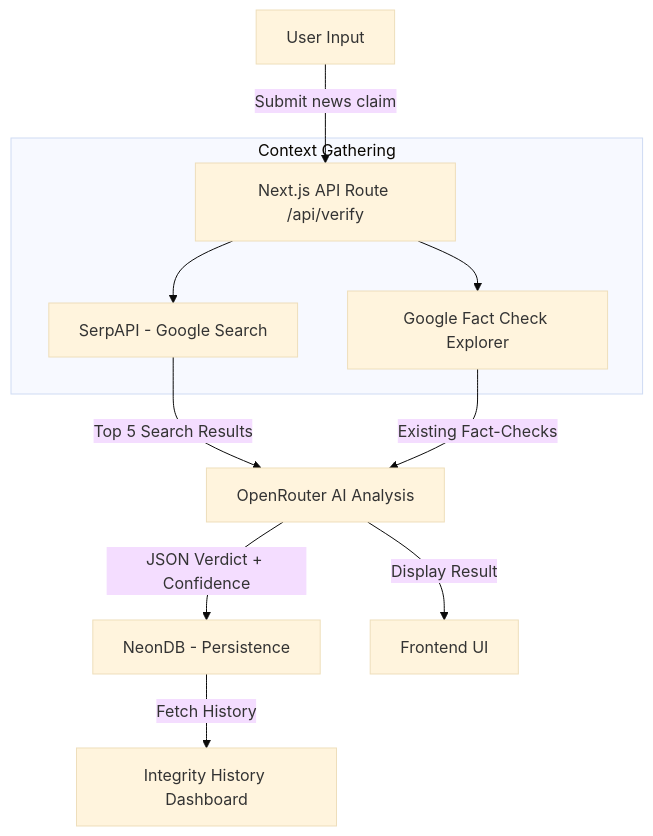
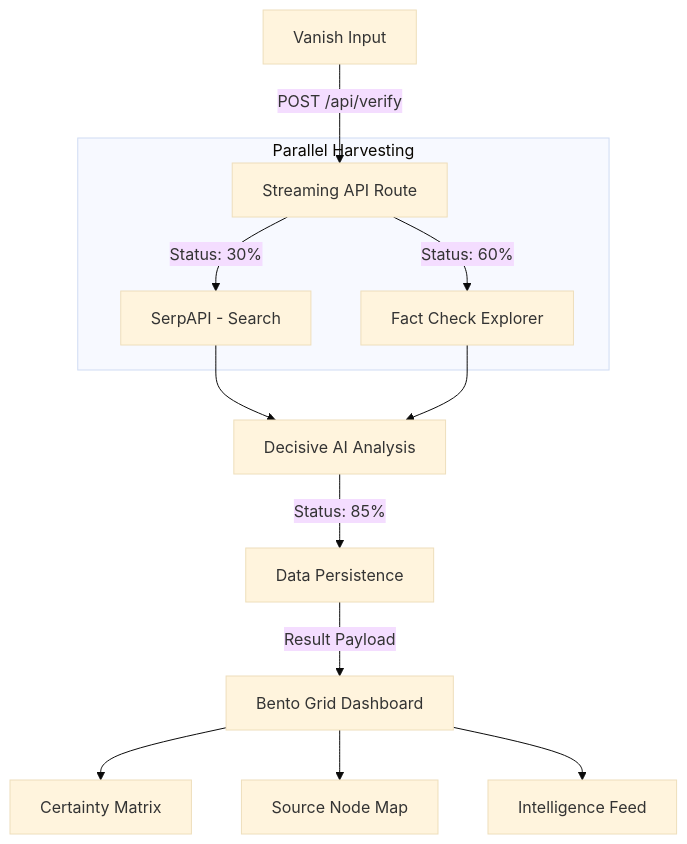
Before and after one commit to Hxrshrathore/verinews: the diagram in README.md, drawn with Mermaid (base theme). The commit also changed other lines of this file and 5 other files, not shown here.

````diff
--- a/README.md
+++ b/README.md
@@ -36,17 +35,19 @@
 ```mermaid
 graph TD
-    A[User Input] -->|Submit news claim| B[Next.js API Route /api/verify]
-    
-    subgraph "Context Gathering"
-        B --> C[SerpAPI - Google Search]
-        B --> D[Google Fact Check Explorer]
+    A[Vanish Input] -->|POST /api/verify| B[Streaming API Route]
+
+    subgraph "Parallel Harvesting"
+        B -->|Status: 30%| C[SerpAPI - Search]
+        B -->|Status: 60%| D[Fact Check Explorer]
     end
-    
-    C -->|Top 5 Search Results| E[OpenRouter AI Analysis]
-    D -->|Existing Fact-Checks| E
-    
-    E -->|JSON Verdict + Confidence| F[NeonDB - Persistence]
-    E -->|Display Result| G[Frontend UI]
-    
-    F -->|Fetch History| H[Integrity History Dashboard]
+
+    C --> E[Decisive AI Analysis]
+    D --> E
+
+    E -->|Status: 85%| F[Data Persistence]
+    F -->|Result Payload| G[Bento Grid Dashboard]
+
+    G --> H[Certainty Matrix]
+    G --> I[Source Node Map]
+    G --> J[Intelligence Feed]
 ```
````
